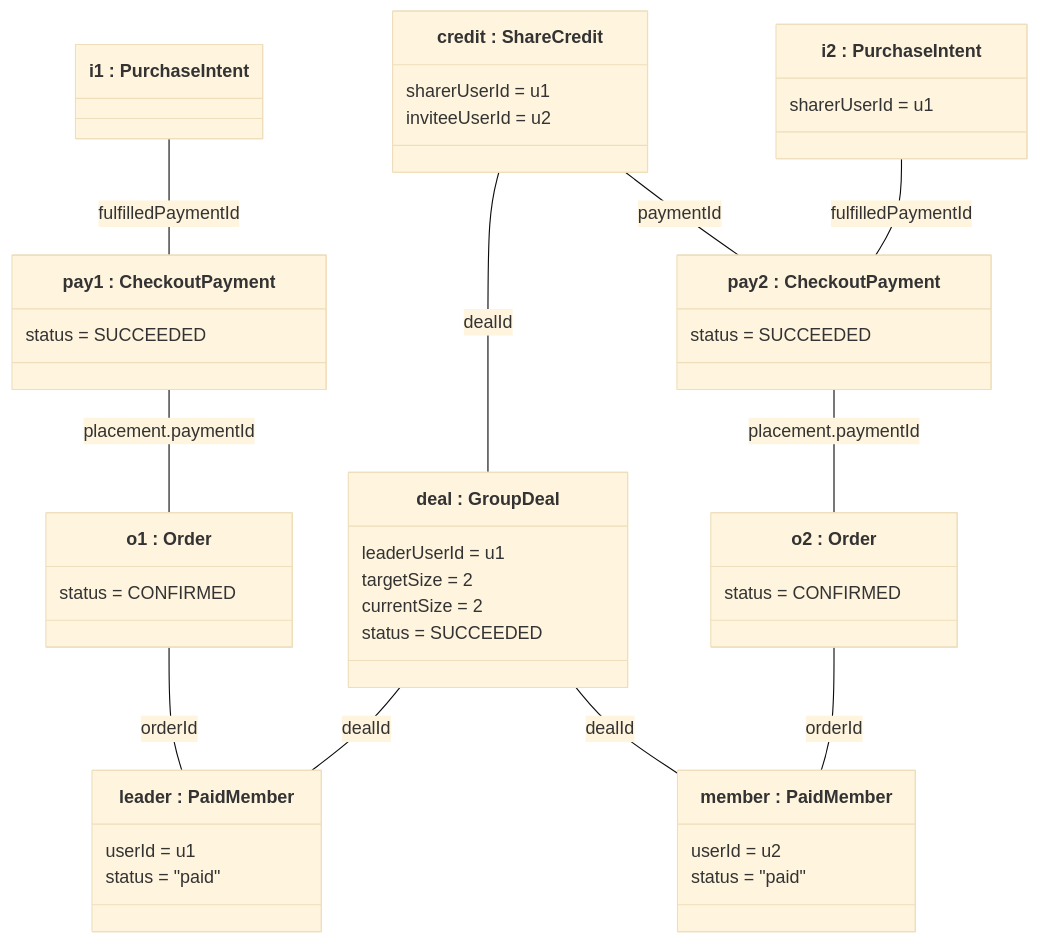
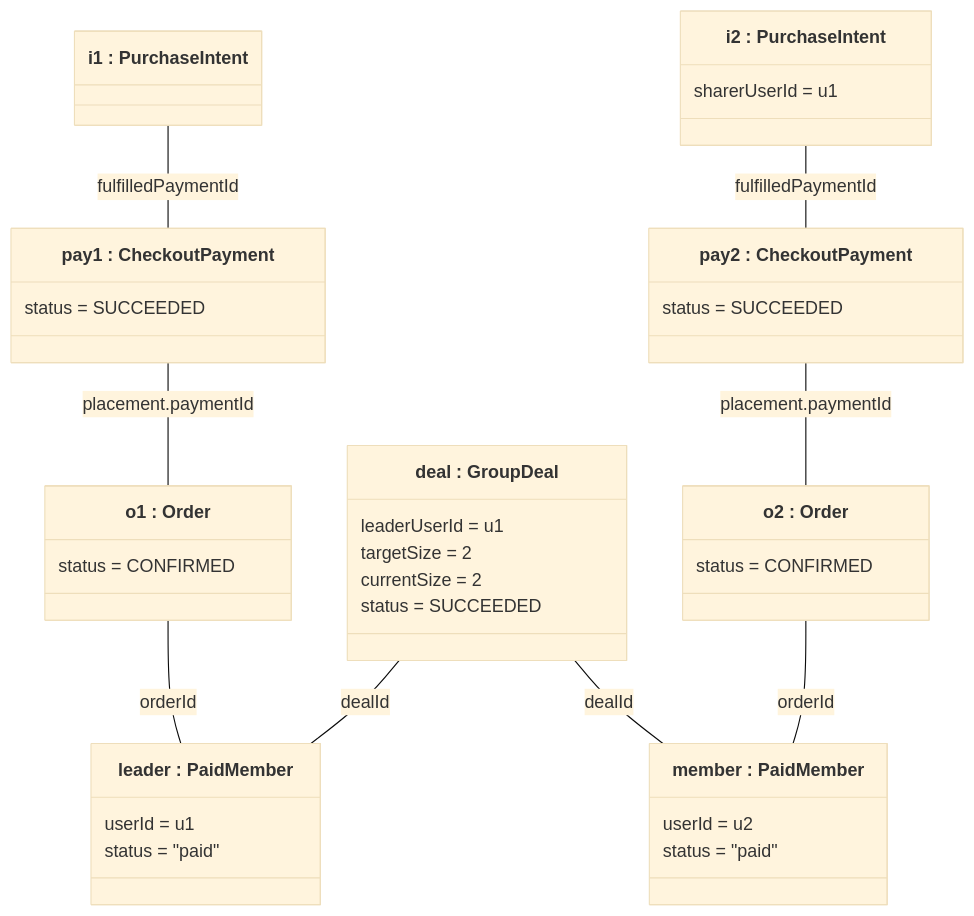
The diagram in docs/swe5001/report/diagrams/uml/src/d15-team-succeeded-objects.mmd (PPsyrius/iss-groupbuy-team8), drawn with Mermaid (base theme) before and after one commit. The commit also changed 12 other files, not shown here.

```diff
--- a/docs/swe5001/report/diagrams/uml/src/d15-team-succeeded-objects.mmd
+++ b/docs/swe5001/report/diagrams/uml/src/d15-team-succeeded-objects.mmd
@@ -1,57 +1,50 @@
-%% frame: A team of two at the commit of the join that fills it (design objects)
+%% frame: Object view: a team of two at the commit of the join that fills it
 classDiagram
     class i1["i1 : PurchaseIntent"] {
     }
     class pay1["pay1 : CheckoutPayment"] {
         status = SUCCEEDED
     }
     class o1["o1 : Order"] {
         status = CONFIRMED
     }
     class leader["leader : PaidMember"] {
         userId = u1
         status = "paid"
-    }
-    class credit["credit : ShareCredit"] {
-        sharerUserId = u1
-        inviteeUserId = u2
     }
     class deal["deal : GroupDeal"] {
         leaderUserId = u1
         targetSize = 2
         currentSize = 2
         status = SUCCEEDED
     }
     class i2["i2 : PurchaseIntent"] {
         sharerUserId = u1
     }
     class pay2["pay2 : CheckoutPayment"] {
         status = SUCCEEDED
     }
     class o2["o2 : Order"] {
         status = CONFIRMED
     }
     class member["member : PaidMember"] {
         userId = u2
         status = "paid"
     }
 %% at i1 0,0
 %% at pay1 0,1
 %% at o1 0,2
 %% at leader 0,3
-%% at credit 1,1
 %% at deal 1,2
 %% at i2 2,0
 %% at pay2 2,1
 %% at o2 2,2
 %% at member 2,3
     i1 -- pay1 : fulfilledPaymentId
     pay1 -- o1 : placement.paymentId
     o1 -- leader : orderId
     i2 -- pay2 : fulfilledPaymentId
     pay2 -- o2 : placement.paymentId
     o2 -- member : orderId
     deal -- leader : dealId
     deal -- member : dealId
-    credit -- deal : dealId
-    credit -- pay2 : paymentId
```
